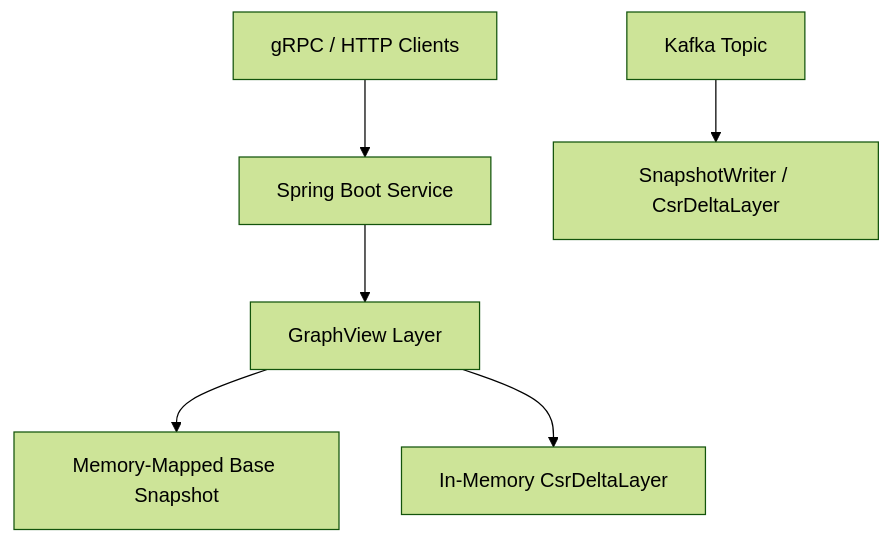
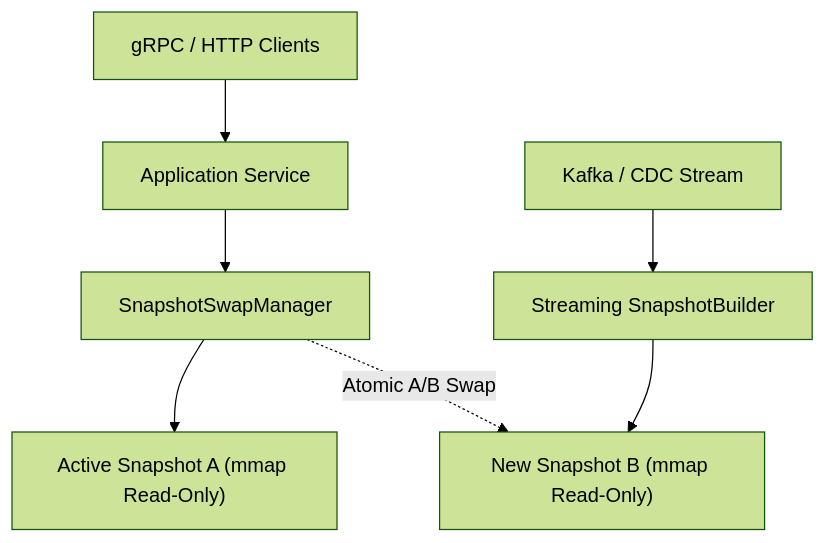
The diagram in docs/deployment/dynamic-service.md (impulse-graph/impulse-website), drawn with Mermaid (forest theme) before and after one commit. The commit also changed other lines of this file and 15 other files, not shown here.

Commit message:
docs: remove scrapped DeltaOverlay page and references in favor of pure read-only snapshots

````diff
--- a/docs/deployment/dynamic-service.md
+++ b/docs/deployment/dynamic-service.md
@@ -11,8 +13,9 @@
 ```mermaid
 graph TD
-    Client[gRPC / HTTP Clients] --> Server[Spring Boot Service]
-    Server --> GraphView[GraphView Layer]
-    GraphView --> Base[Memory-Mapped Base Snapshot]
-    GraphView --> Delta[In-Memory CsrDeltaLayer]
-    Kafka[Kafka Topic] --> Writer[SnapshotWriter / CsrDeltaLayer]
+    Client[gRPC / HTTP Clients] --> Server[Application Service]
+    Server --> Swap[SnapshotSwapManager]
+    Swap --> SnapA["Active Snapshot A (mmap Read-Only)"]
+    Swap -.->|Atomic A/B Swap| SnapB["New Snapshot B (mmap Read-Only)"]
+    Kafka[Kafka / CDC Stream] --> Builder[Streaming SnapshotBuilder]
+    Builder --> SnapB
 ```
````
